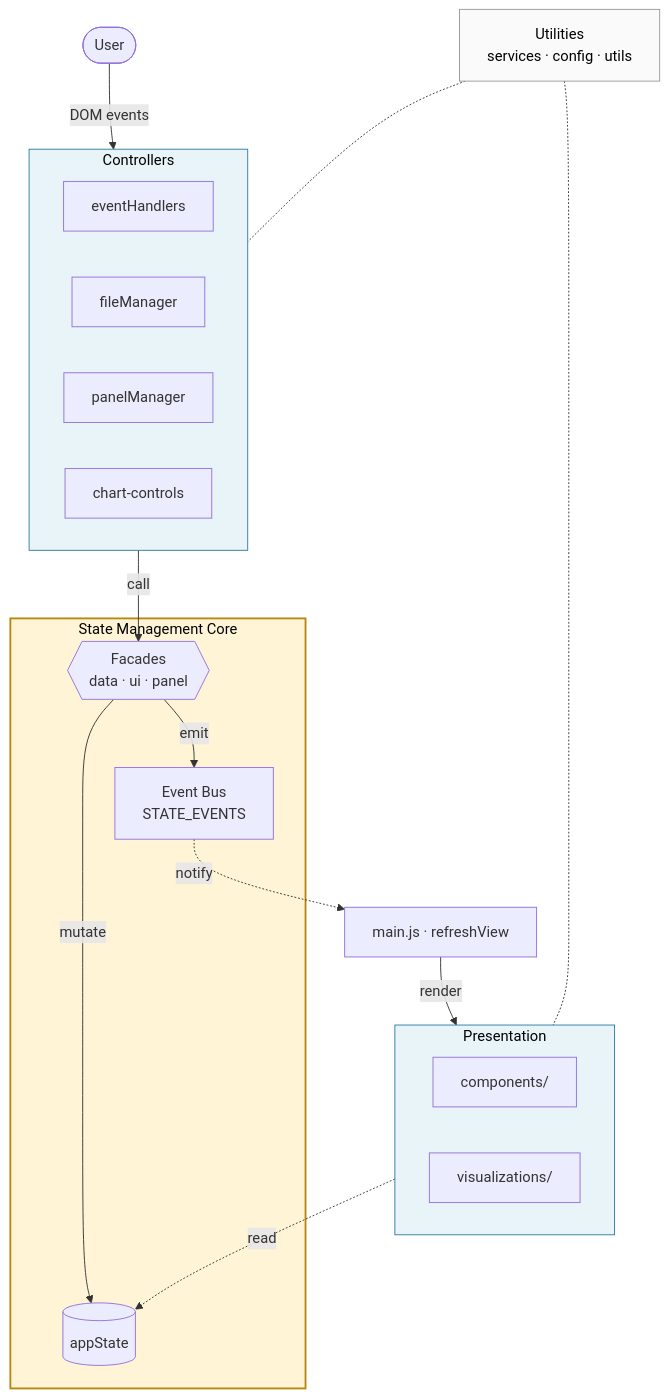
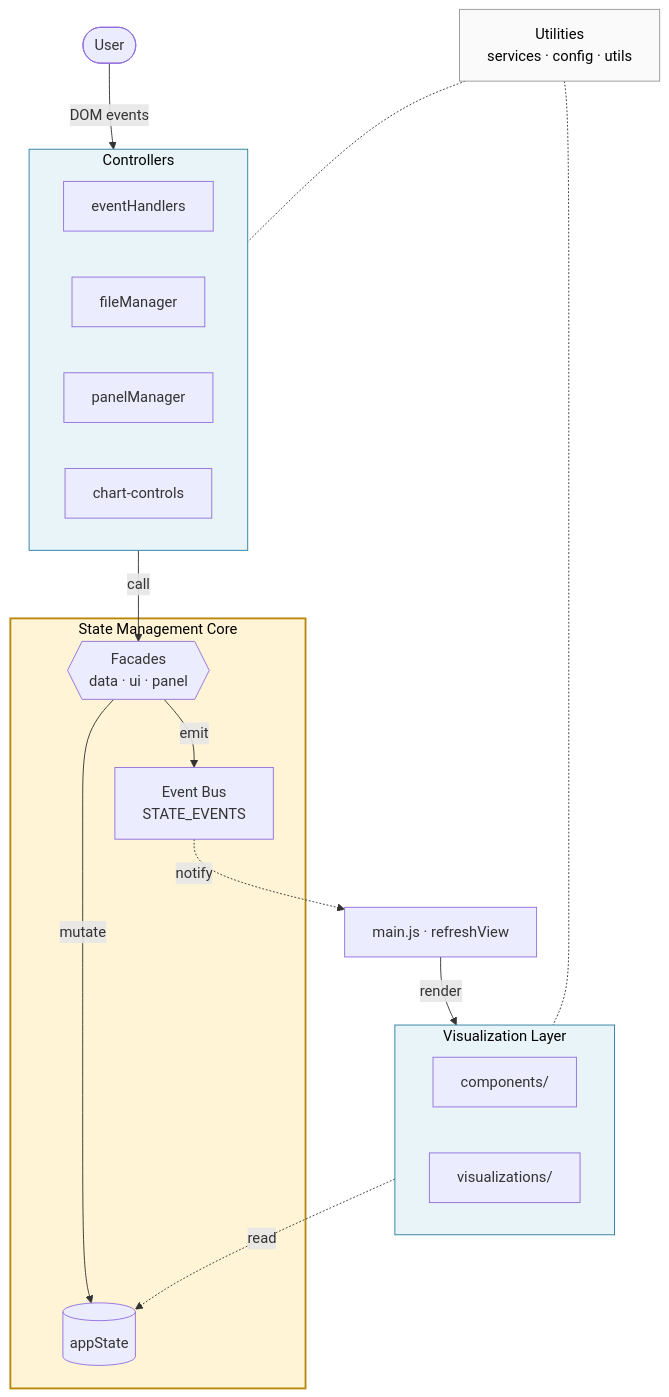
The diagram in ARCHITECTURE.md (GabrielInada/CHIVE), drawn with Mermaid before and after one commit. The commit also changed other lines of this file, not shown here.

````diff
--- a/ARCHITECTURE.md
+++ b/ARCHITECTURE.md
@@ -38,38 +38,38 @@
 ```mermaid
 flowchart TB
     U(["User"])
     subgraph CTRL["Controllers"]
         direction LR
         EH["eventHandlers"]
         FM["fileManager"]
         PM["panelManager"]
         CC["chart-controls"]
     end
     subgraph CORE["State Management Core"]
         FAC{{"Facades<br/>data · ui · panel"}}
         AS[("appState")]
         EB["Event Bus<br/>STATE_EVENTS"]
         FAC -- mutate --> AS
         FAC -- emit --> EB
     end
     MAIN["main.js · refreshView"]
-    subgraph PRES["Presentation"]
+    subgraph PRES["Visualization Layer"]
         direction LR
         COMP["components/"]
         VIZ["visualizations/"]
     end
     UTIL["Utilities<br/>services · config · utils"]
     U -- DOM events --> CTRL
     CTRL -- call --> FAC
     EB -. notify .-> MAIN
     MAIN -- render --> PRES
     PRES -. read .-> AS
     UTIL -.- CTRL
     UTIL -.- PRES
     classDef core fill:#fff5d6,stroke:#b8860b,stroke-width:2px,color:#000
     classDef layer fill:#e8f4f8,stroke:#2c7da0,color:#000
     classDef plain fill:#fafafa,stroke:#999,color:#000
     class CORE core
     class CTRL,PRES layer
     class UTIL plain
 ```
````
